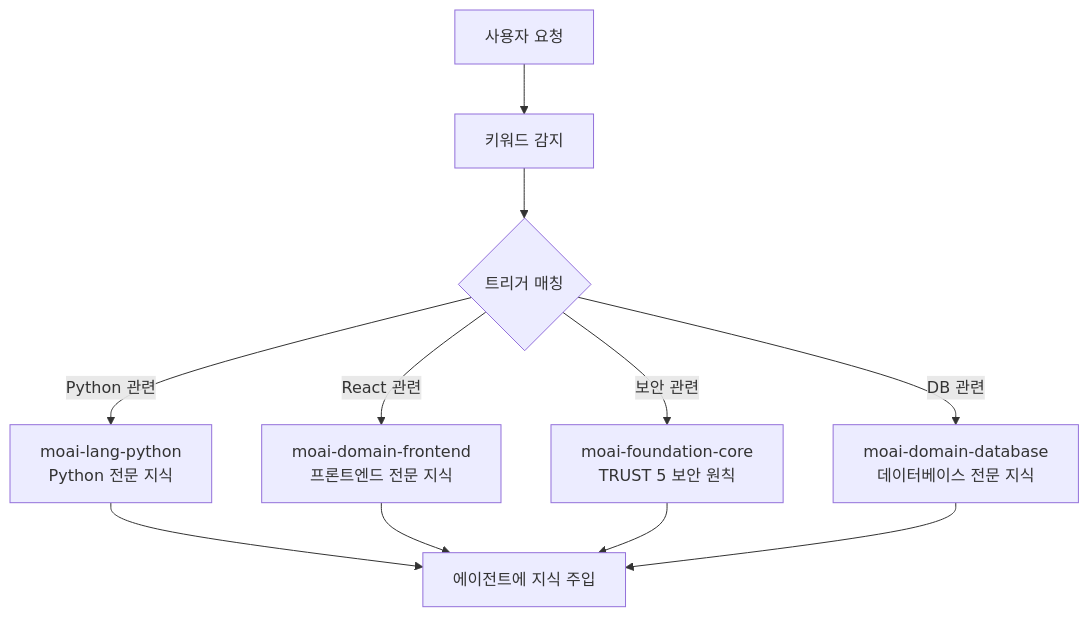
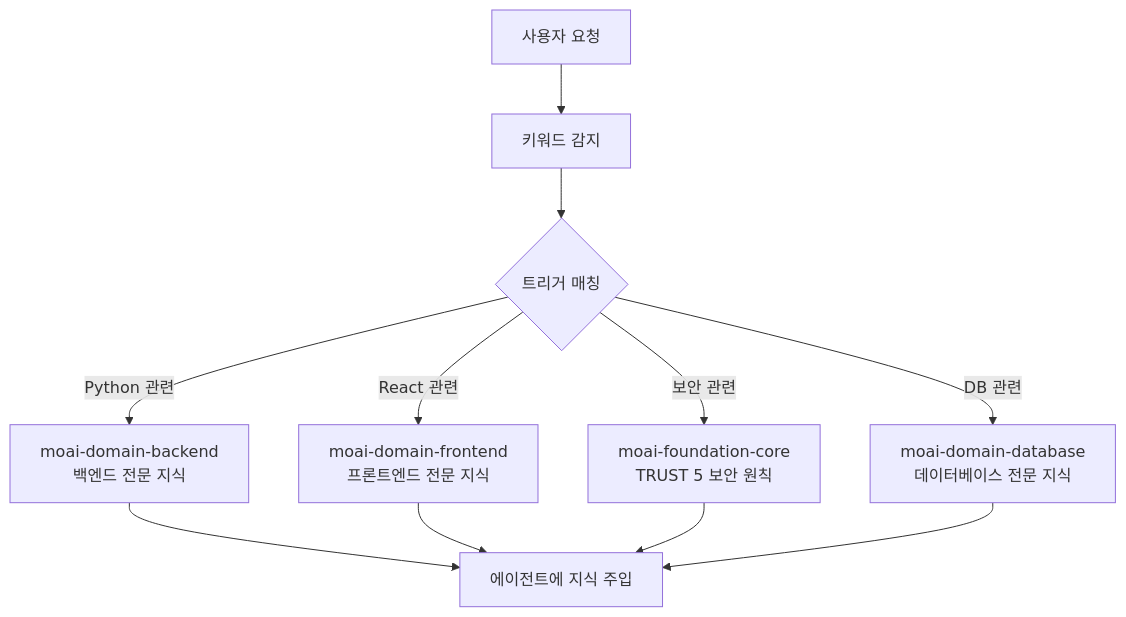
The first of 4 diagrams in docs-site/content/ko/advanced/skill-guide.md (modu-ai/moai-adk), drawn with Mermaid before and after one commit. The commit also changed other lines of this file and 19 other files, not shown here.

````diff
--- a/docs-site/content/ko/advanced/skill-guide.md
+++ b/docs-site/content/ko/advanced/skill-guide.md
@@ -42,14 +42,14 @@
 ```mermaid
 flowchart TD
     USER[사용자 요청] --> DETECT[키워드 감지]
     DETECT --> TRIGGER{트리거 매칭}
-    TRIGGER -->|Python 관련| PY["moai-lang-python<br>Python 전문 지식"]
+    TRIGGER -->|Python 관련| PY["moai-domain-backend<br>백엔드 전문 지식"]
     TRIGGER -->|React 관련| FE["moai-domain-frontend<br>프론트엔드 전문 지식"]
     TRIGGER -->|보안 관련| SEC["moai-foundation-core<br>TRUST 5 보안 원칙"]
     TRIGGER -->|DB 관련| DB["moai-domain-database<br>데이터베이스 전문 지식"]
 
     PY --> AGENT[에이전트에 지식 주입]
     FE --> AGENT
     SEC --> AGENT
     DB --> AGENT
 ```
````
